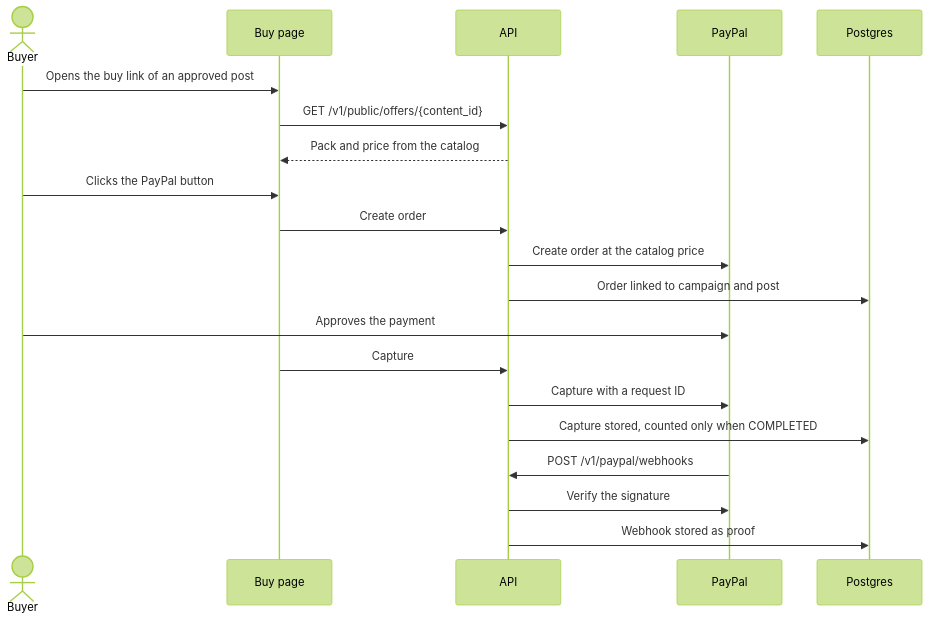
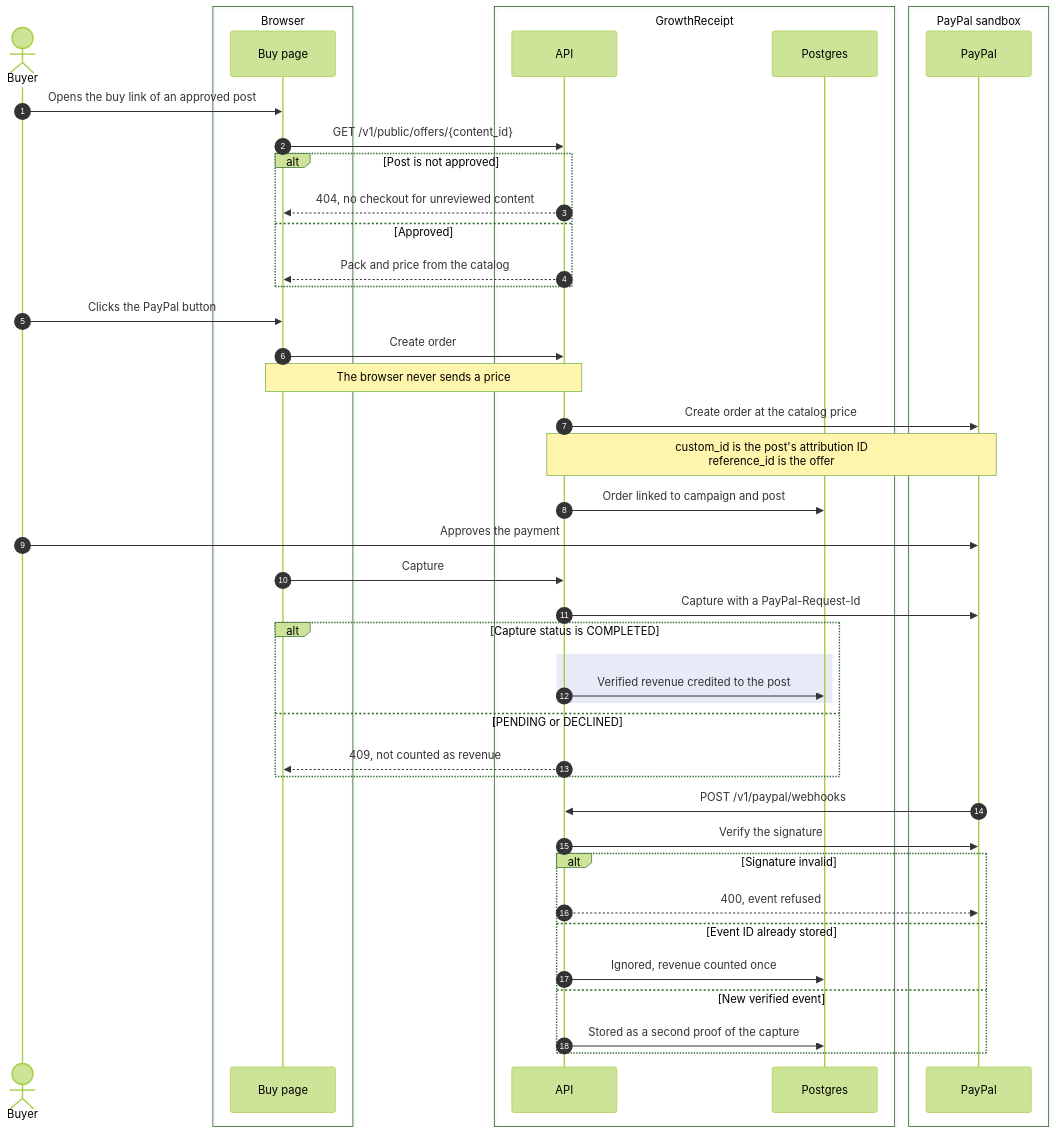
The second of 5 diagrams in docs/hackathon/architecture.md (tekbel/growthreceipt), drawn with Mermaid (forest theme) before and after one commit. The commit also changed other lines of this file and 3 other files, not shown here.

First line of the commit message:
docs: sequence diagrams show numbered steps, trust boundaries, failure paths and approval points

````diff
--- a/docs/hackathon/architecture.md
+++ b/docs/hackathon/architecture.md
@@ -47,22 +47,47 @@
 ```mermaid
 sequenceDiagram
+  autonumber
   actor Buyer
-  participant Buy as Buy page
-  participant API
-  participant PayPal
-  participant DB as Postgres
+  box Browser
+    participant Buy as Buy page
+  end
+  box GrowthReceipt
+    participant API
+    participant DB as Postgres
+  end
+  box PayPal sandbox
+    participant PayPal
+  end
   Buyer->>Buy: Opens the buy link of an approved post
   Buy->>API: GET /v1/public/offers/{content_id}
-  API-->>Buy: Pack and price from the catalog
+  alt Post is not approved
+    API-->>Buy: 404, no checkout for unreviewed content
+  else Approved
+    API-->>Buy: Pack and price from the catalog
+  end
   Buyer->>Buy: Clicks the PayPal button
   Buy->>API: Create order
+  Note over Buy,API: The browser never sends a price
   API->>PayPal: Create order at the catalog price
+  Note over API,PayPal: custom_id is the post's attribution ID<br/>reference_id is the offer
   API->>DB: Order linked to campaign and post
   Buyer->>PayPal: Approves the payment
   Buy->>API: Capture
-  API->>PayPal: Capture with a request ID
-  API->>DB: Capture stored, counted only when COMPLETED
+  API->>PayPal: Capture with a PayPal-Request-Id
+  alt Capture status is COMPLETED
+    rect rgba(68, 88, 184, 0.12)
+      API->>DB: Verified revenue credited to the post
+    end
+  else PENDING or DECLINED
+    API-->>Buy: 409, not counted as revenue
+  end
   PayPal->>API: POST /v1/paypal/webhooks
   API->>PayPal: Verify the signature
-  API->>DB: Webhook stored as proof
+  alt Signature invalid
+    API-->>PayPal: 400, event refused
+  else Event ID already stored
+    API->>DB: Ignored, revenue counted once
+  else New verified event
+    API->>DB: Stored as a second proof of the capture
+  end
 ```
````
